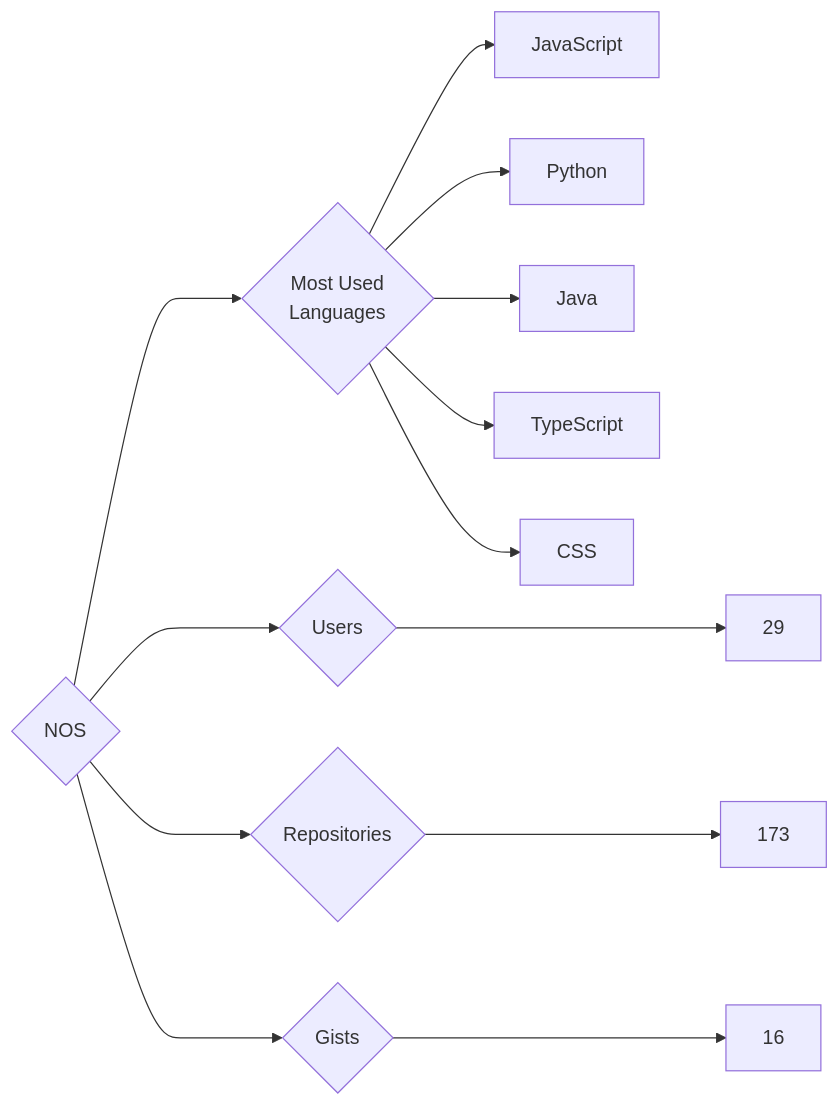
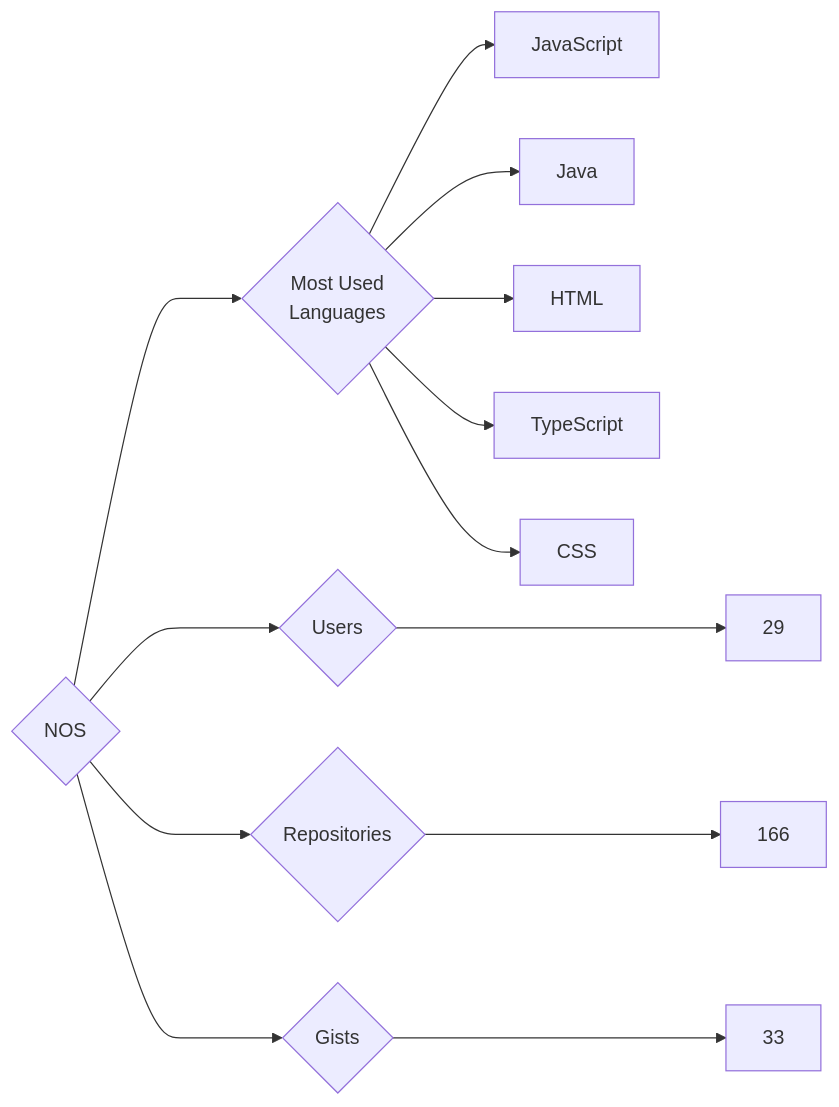
One commit to trickest/insiders changed the diagram in targets/NOS/README.md. Above: the diagram before and after it, drawn with Mermaid. The commit also changed 939 other files, not shown here.

````diff
--- a/targets/NOS/README.md
+++ b/targets/NOS/README.md
@@ -3,13 +3,13 @@
 ```mermaid
 graph LR
 COMPANY_NAME{NOS}
 COMPANY_NAME ---> U{Users} ---> UN[29]
-COMPANY_NAME ---> R{Repositories} ---> RN[173]
-COMPANY_NAME ---> G{Gists} ---> GN[16]
+COMPANY_NAME ---> R{Repositories} ---> RN[166]
+COMPANY_NAME ---> G{Gists} ---> GN[33]
 COMPANY_NAME ---> ML{Most Used<br>Languages}
 ML --> JavaScript[JavaScript]
-ML --> Python[Python]
 ML --> Java[Java]
+ML --> HTML[HTML]
 ML --> TypeScript[TypeScript]
 ML --> CSS[CSS]
 ```
````
